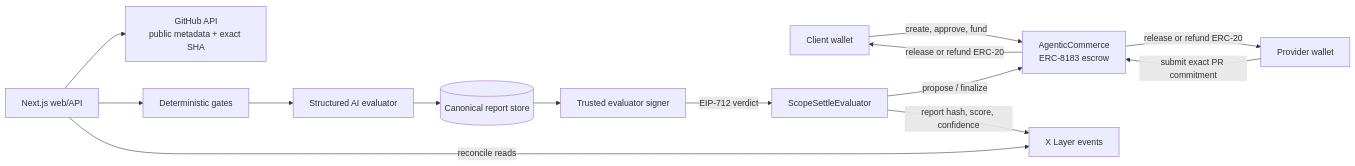
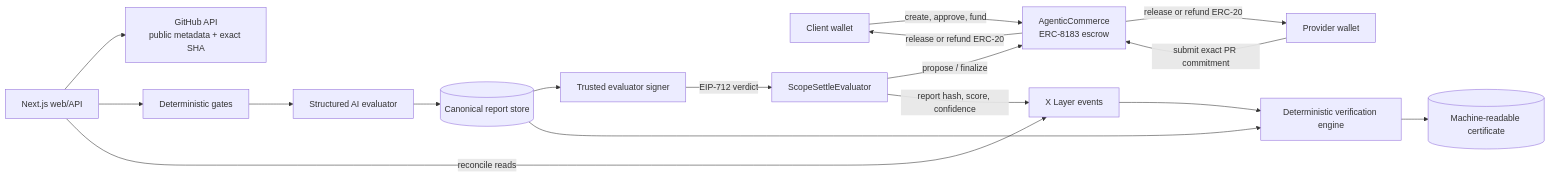
Before and after one commit to tang-vu/scopesettle: the diagram in docs/architecture.md, drawn with Mermaid. The commit also changed other lines of this file and 15 other files, not shown here.

````diff
--- a/docs/architecture.md
+++ b/docs/architecture.md
@@ -6,16 +6,19 @@
 ```mermaid
 flowchart LR
   C[Client wallet] -->|create, approve, fund| AC[AgenticCommerce\nERC-8183 escrow]
   P[Provider wallet] -->|submit exact PR commitment| AC
   W[Next.js web/API] --> GH[GitHub API\npublic metadata + exact SHA]
   W --> G[Deterministic gates]
   G --> AI[Structured AI evaluator]
   AI --> R[(Canonical report store)]
   R --> S[Trusted evaluator signer]
   S -->|EIP-712 verdict| EV[ScopeSettleEvaluator]
+  R --> V[Deterministic verification engine]
+  X --> V
+  V --> CERT[(Machine-readable certificate)]
   EV -->|propose / finalize| AC
   EV -->|report hash, score, confidence| X[X Layer events]
   AC -->|release or refund ERC-20| C
   AC -->|release or refund ERC-20| P
   W -->|reconcile reads| X
 ```
````
